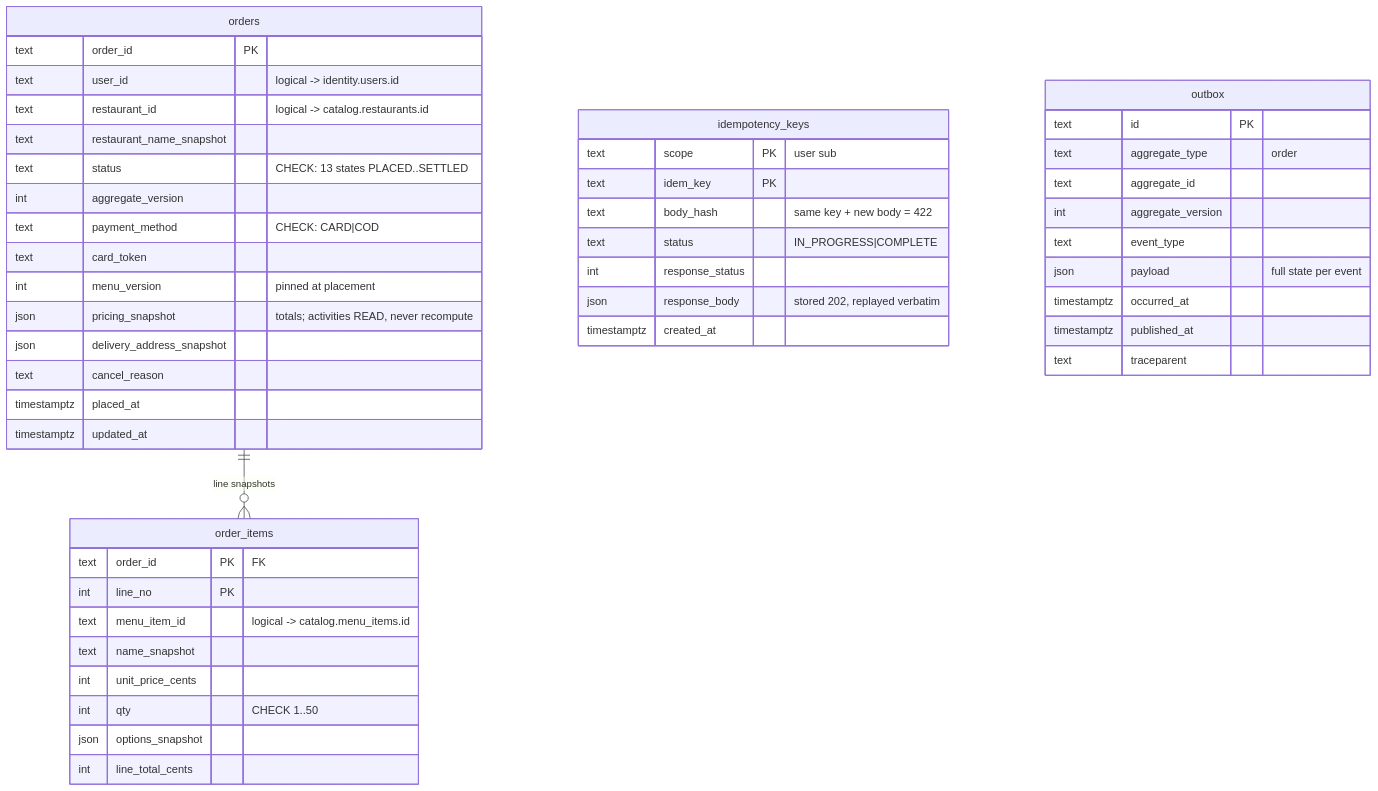
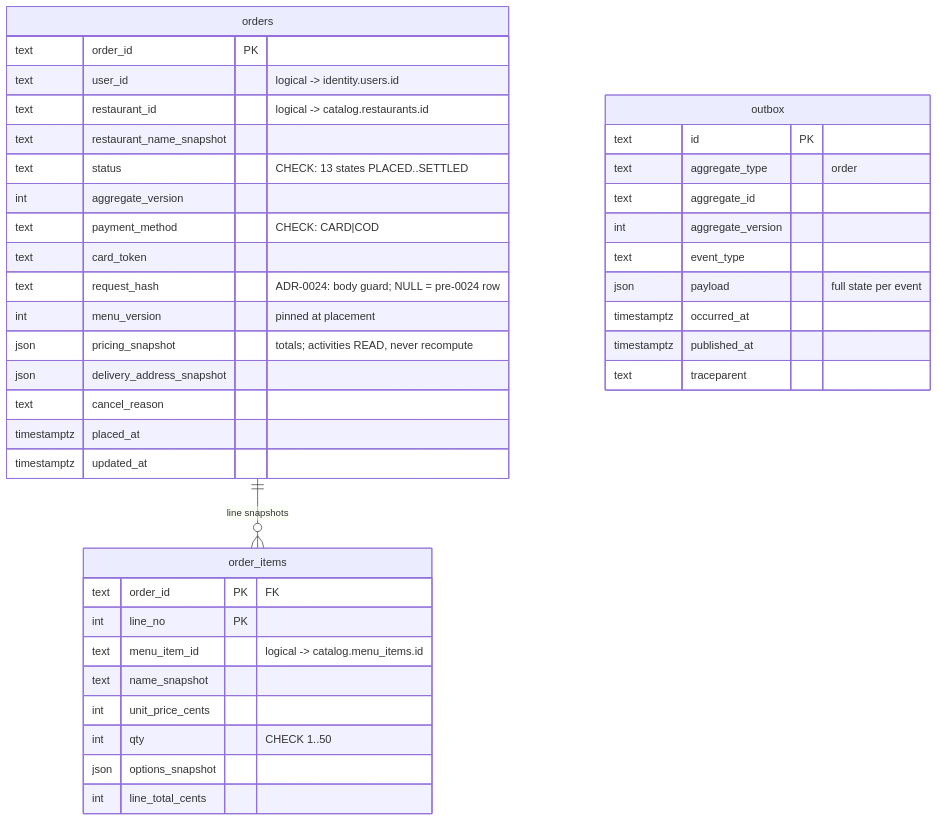
One commit to Aizazahmed-7/SmartFoodOps changed the fourth of 7 diagrams in docs/erd.md. Above: the diagram before and after it, drawn with Mermaid. The commit also changed other lines of this file and 27 other files, not shown here.

````diff
--- a/docs/erd.md
+++ b/docs/erd.md
@@ -262,50 +262,42 @@
 ```mermaid
 erDiagram
     orders {
         text order_id PK
         text user_id "logical -> identity.users.id"
         text restaurant_id "logical -> catalog.restaurants.id"
         text restaurant_name_snapshot
         text status "CHECK: 13 states PLACED..SETTLED"
         int aggregate_version
         text payment_method "CHECK: CARD|COD"
         text card_token
+        text request_hash "ADR-0024: body guard; NULL = pre-0024 row"
         int menu_version "pinned at placement"
         json pricing_snapshot "totals; activities READ, never recompute"
         json delivery_address_snapshot
         text cancel_reason
         timestamptz placed_at
         timestamptz updated_at
     }
     order_items {
         text order_id PK "FK"
         int line_no PK
         text menu_item_id "logical -> catalog.menu_items.id"
         text name_snapshot
         int unit_price_cents
         int qty "CHECK 1..50"
         json options_snapshot
         int line_total_cents
     }
-    idempotency_keys {
-        text scope PK "user sub"
-        text idem_key PK
-        text body_hash "same key + new body = 422"
-        text status "IN_PROGRESS|COMPLETE"
-        int response_status
-        json response_body "stored 202, replayed verbatim"
-        timestamptz created_at
-    }
     outbox {
         text id PK
         text aggregate_type "order"
         text aggregate_id
         int aggregate_version
         text event_type
         json payload "full state per event"
         timestamptz occurred_at
         timestamptz published_at
         text traceparent
     }
     orders ||--o{ order_items : "line snapshots"
 ```
````
